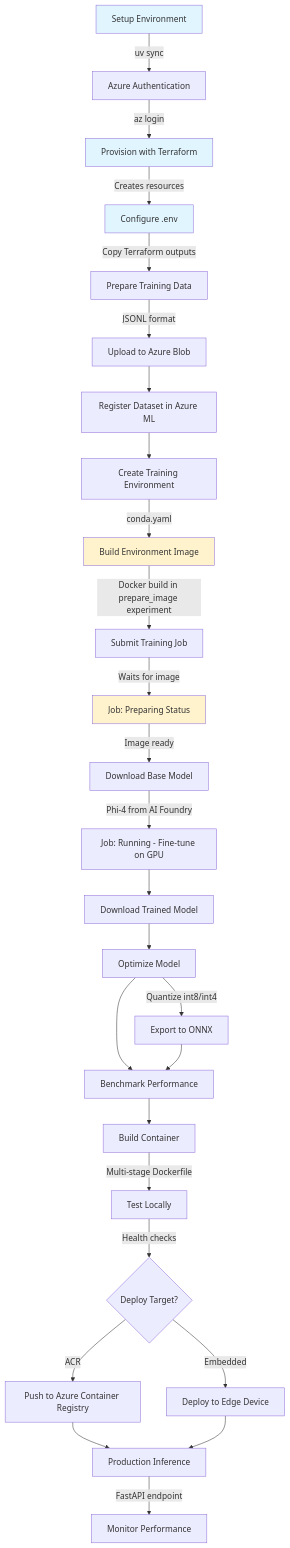
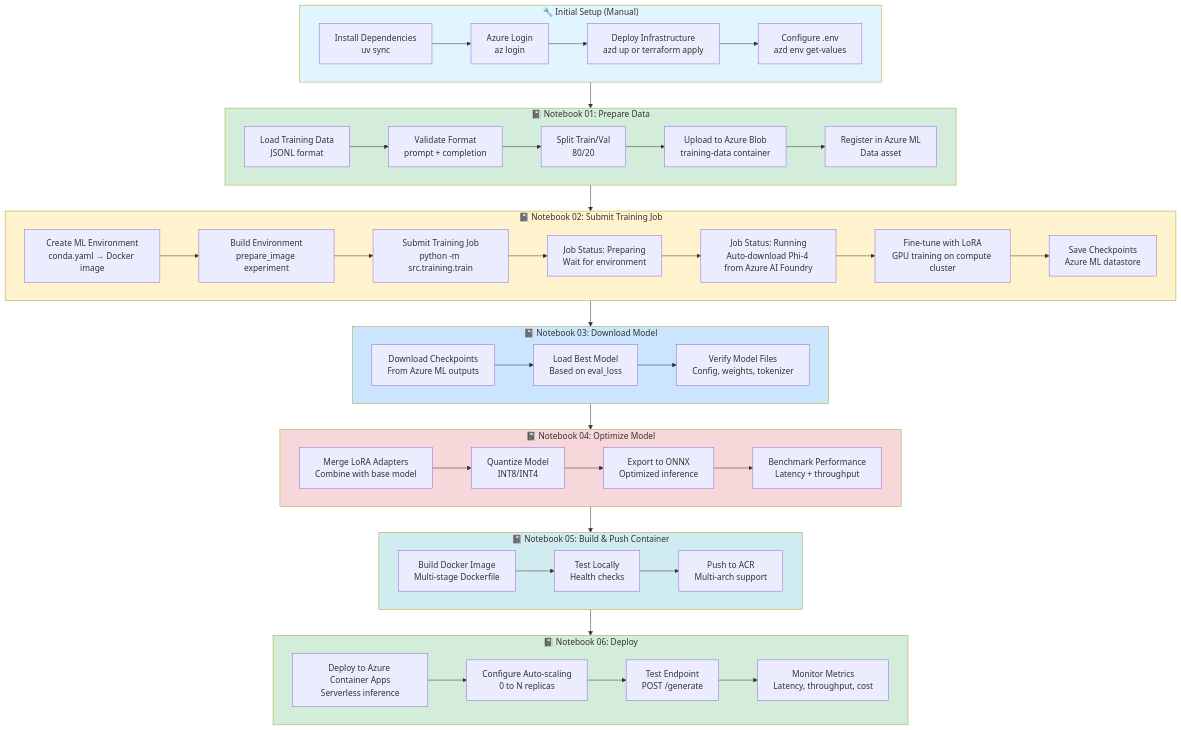
One commit to jordanbean-msft/slm-train-deploy-container changed the diagram in README.md. Above: the diagram before and after it, drawn with Mermaid. The commit also changed other lines of this file and 9 other files, not shown here.

````diff
--- a/README.md
+++ b/README.md
@@ -9,34 +11,61 @@
 ```mermaid
-graph TD
-    A[Setup Environment] -->|uv sync| B[Azure Authentication]
-    B -->|az login| C[Provision with Terraform]
-    C -->|Creates resources| D[Configure .env]
-    D -->|Copy Terraform outputs| E[Prepare Training Data]
-    E -->|JSONL format| F[Upload to Azure Blob]
-    F --> G[Register Dataset in Azure ML]
-    G --> H[Create Training Environment]
-    H -->|conda.yaml| I[Build Environment Image]
-    I -->|Docker build in prepare_image experiment| J[Submit Training Job]
-    J -->|Waits for image| K[Job: Preparing Status]
-    K -->|Image ready| L[Download Base Model]
-    L -->|Phi-4 from AI Foundry| M[Job: Running - Fine-tune on GPU]
-    M --> N[Download Trained Model]
-    N --> O[Optimize Model]
-    O -->|Quantize int8/int4| P[Export to ONNX]
-    O --> Q[Benchmark Performance]
-    P --> Q
-    Q --> R[Build Container]
-    R -->|Multi-stage Dockerfile| S[Test Locally]
-    S -->|Health checks| T{Deploy Target?}
-    T -->|ACR| U[Push to Azure Container Registry]
-    T -->|Embedded| V[Deploy to Edge Device]
-    U --> W[Production Inference]
-    V --> W
-    W -->|FastAPI endpoint| X[Monitor Performance]
+graph TB
+    subgraph Setup["🔧 Initial Setup (Manual)"]
+        A[Install Dependencies<br/>uv sync] --> B[Azure Login<br/>az login]
+        B --> C[Deploy Infrastructure<br/>azd up or terraform apply]
+        C --> D[Configure .env<br/>azd env get-values]
+    end
 
-    style A fill:#e1f5ff
-    style C fill:#e1f5ff
-    style D fill:#e1f5ff
-    style I fill:#fff3cd
-    style K fill:#fff3cd
+    subgraph NB01["📓 Notebook 01: Prepare Data"]
+        E[Load Training Data<br/>JSONL format] --> F[Validate Format<br/>prompt + completion]
+        F --> G[Split Train/Val<br/>80/20]
+        G --> H[Upload to Azure Blob<br/>training-data container]
+        H --> I[Register in Azure ML<br/>Data asset]
+    end
+
+    subgraph NB02["📓 Notebook 02: Submit Training Job"]
+        J[Create ML Environment<br/>conda.yaml → Docker image] --> K[Build Environment<br/>prepare_image experiment]
+        K --> L[Submit Training Job<br/>python -m src.training.train]
+        L --> M[Job Status: Preparing<br/>Wait for environment]
+        M --> N[Job Status: Running<br/>Auto-download Phi-4 from Azure AI Foundry]
+        N --> O[Fine-tune with LoRA<br/>GPU training on compute cluster]
+        O --> P[Save Checkpoints<br/>Azure ML datastore]
+    end
+
+    subgraph NB03["📓 Notebook 03: Download Model"]
+        Q[Download Checkpoints<br/>From Azure ML outputs] --> R[Load Best Model<br/>Based on eval_loss]
+        R --> S[Verify Model Files<br/>Config, weights, tokenizer]
+    end
+
+    subgraph NB04["📓 Notebook 04: Optimize Model"]
+        T[Merge LoRA Adapters<br/>Combine with base model] --> U[Quantize Model<br/>INT8/INT4]
+        U --> V[Export to ONNX<br/>Optimized inference]
+        V --> W[Benchmark Performance<br/>Latency + throughput]
+    end
+
+    subgraph NB05["📓 Notebook 05: Build & Push Container"]
+        X[Build Docker Image<br/>Multi-stage Dockerfile] --> Y[Test Locally<br/>Health checks]
+        Y --> Z[Push to ACR<br/>Multi-arch support]
+    end
+
+    subgraph NB06["📓 Notebook 06: Deploy"]
+        AA[Deploy to Azure Container Apps<br/>Serverless inference] --> AB[Configure Auto-scaling<br/>0 to N replicas]
+        AB --> AC[Test Endpoint<br/>POST /generate]
+        AC --> AD[Monitor Metrics<br/>Latency, throughput, cost]
+    end
+
+    Setup --> NB01
+    NB01 --> NB02
+    NB02 --> NB03
+    NB03 --> NB04
+    NB04 --> NB05
+    NB05 --> NB06
+
+    style Setup fill:#e1f5ff
+    style NB01 fill:#d4edda
+    style NB02 fill:#fff3cd
+    style NB03 fill:#cce5ff
+    style NB04 fill:#f8d7da
+    style NB05 fill:#d1ecf1
+    style NB06 fill:#d4edda
 ```
````
